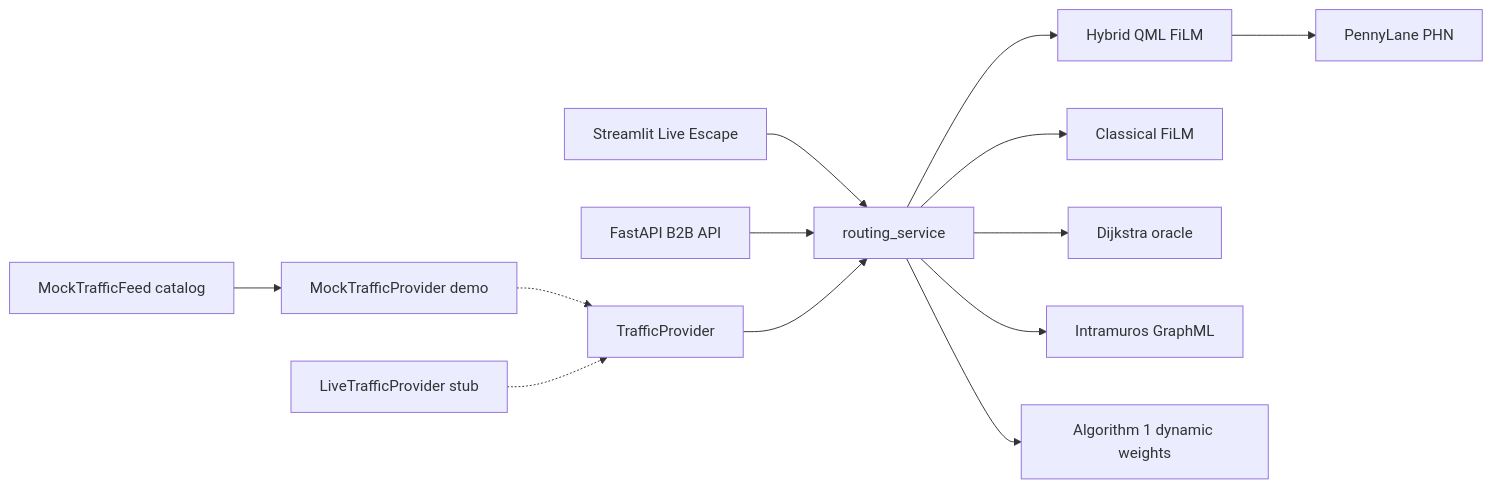
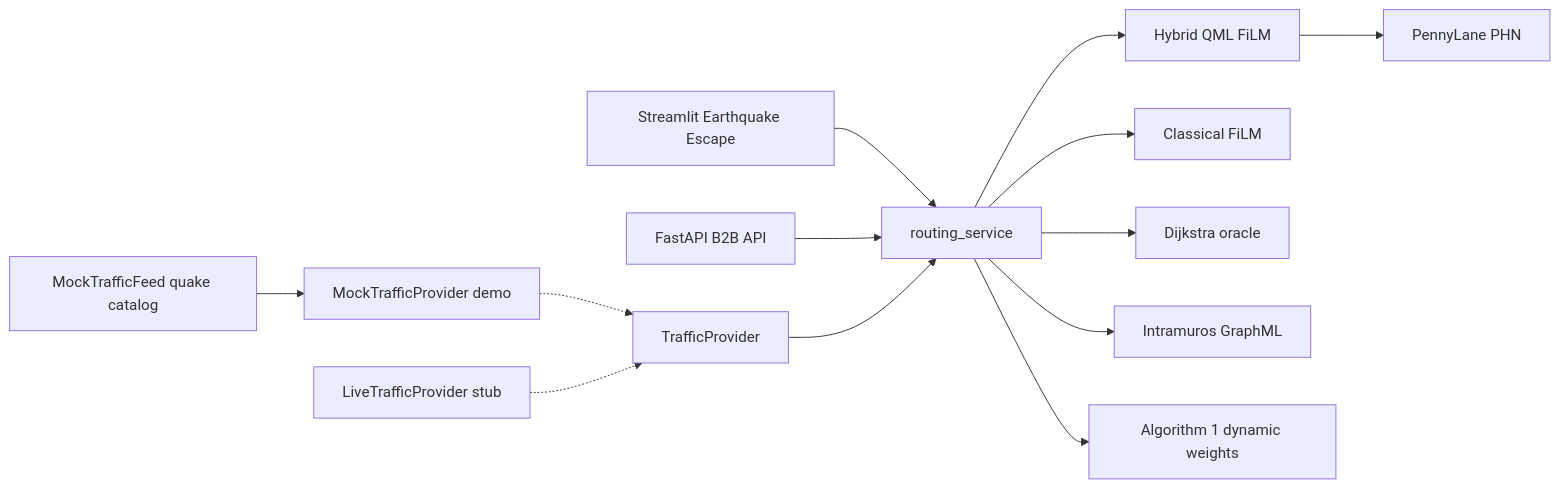
The diagram in README.md (meolen07/QuantumRelief), drawn with Mermaid before and after one commit. The commit also changed other lines of this file and 4 other files, not shown here.

````diff
--- a/README.md
+++ b/README.md
@@ -139,15 +138,15 @@
 ```mermaid
 flowchart LR
-  UX[Streamlit Live Escape] --> RS[routing_service]
+  UX[Streamlit Earthquake Escape] --> RS[routing_service]
   API[FastAPI B2B API] --> RS
   TP[TrafficProvider] --> RS
-  Feed[MockTrafficFeed catalog] --> Mock
+  Feed[MockTrafficFeed quake catalog] --> Mock
   Mock[MockTrafficProvider demo] -.-> TP
   Live[LiveTrafficProvider stub] -.-> TP
   RS --> H[Hybrid QML FiLM]
   RS --> C[Classical FiLM]
   RS --> D[Dijkstra oracle]
   H --> PL[PennyLane PHN]
   RS --> G[Intramuros GraphML]
   RS --> Dyn[Algorithm 1 dynamic weights]
 ```
````
